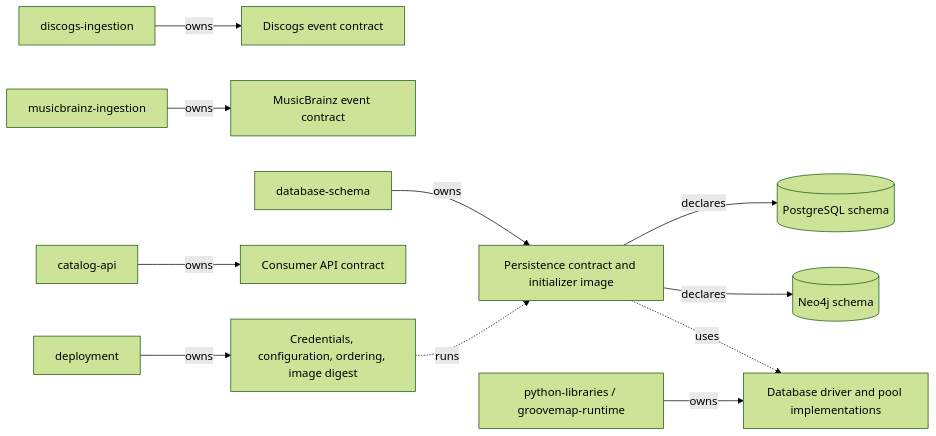
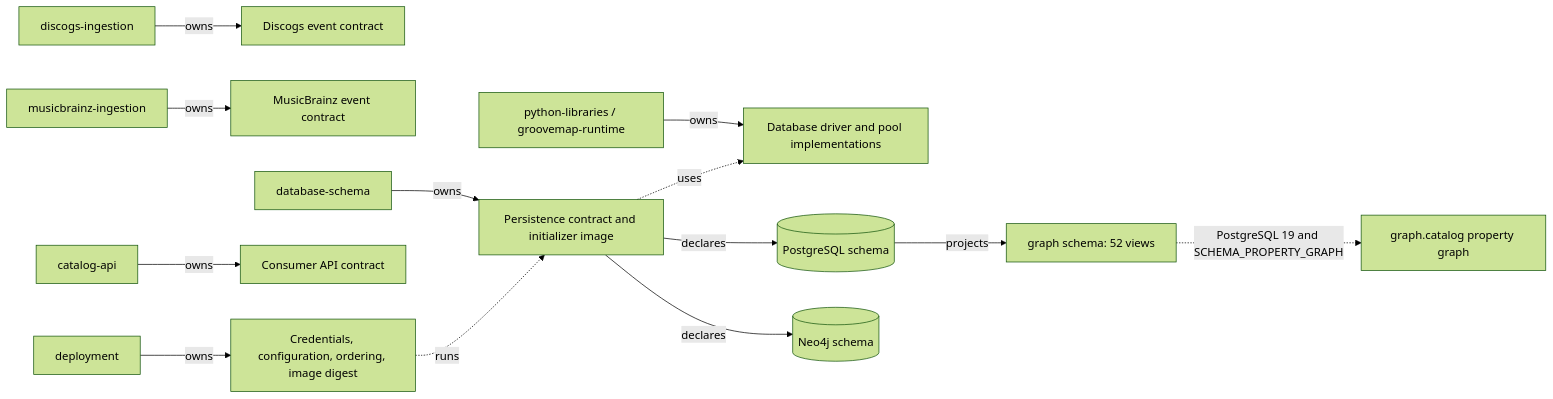
Before and after one commit to groovemap-music/database-schema: the first of 2 diagrams in docs/architecture.md, drawn with Mermaid (forest theme). The commit also changed other lines of this file, not shown here.

First line of the commit message:
docs(architecture): make the graph section read as one whole

````diff
--- a/docs/architecture.md
+++ b/docs/architecture.md
@@ -8,13 +8,15 @@
 ```mermaid
 flowchart LR
     DI[discogs-ingestion] -->|owns| DE[Discogs event contract]
     MI[musicbrainz-ingestion] -->|owns| ME[MusicBrainz event contract]
     DS[database-schema] -->|owns| PC[Persistence contract and initializer image]
     RT[python-libraries / groovemap-runtime] -->|owns| CL[Database driver and pool implementations]
     API[catalog-api] -->|owns| AC[Consumer API contract]
     DEP[deployment] -->|owns| OP[Credentials, configuration, ordering, image digest]
     PC -->|declares| PG[(PostgreSQL schema)]
     PC -->|declares| N[(Neo4j schema)]
+    PG -->|projects| GV[graph schema: 52 views]
+    GV -. "PostgreSQL 19 and SCHEMA_PROPERTY_GRAPH" .-> CAT["graph.catalog property graph"]
     PC -. uses .-> CL
     OP -. runs .-> PC
 ```
````
